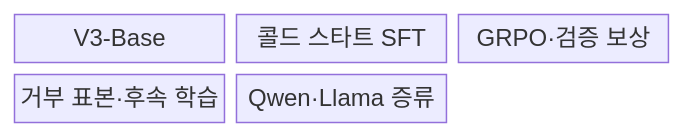
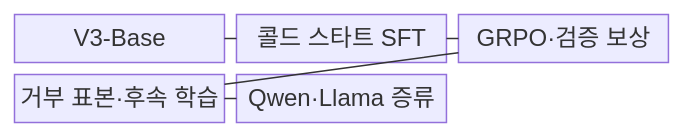
Before and after one commit to agnusdei1207/knowledge-base: the first of 2 diagrams in src/content/docs/notes/08-latest-tech/043_deepseek_r1.md, drawn with Mermaid. The commit also changed other lines of this file and 228 other files, not shown here.

````diff
--- a/src/content/docs/notes/08-latest-tech/043_deepseek_r1.md
+++ b/src/content/docs/notes/08-latest-tech/043_deepseek_r1.md
@@ -52,9 +52,13 @@
 ```mermaid
 block-beta
     columns 3
     B["V3-Base"]
     C["콜드 스타트 SFT"]
     R["GRPO·검증 보상"]
     S["거부 표본·후속 학습"]
     D["Qwen·Llama 증류"]
+    B --- C
+    C --- R
+    R --- S
+    S --- D
 ```
````
